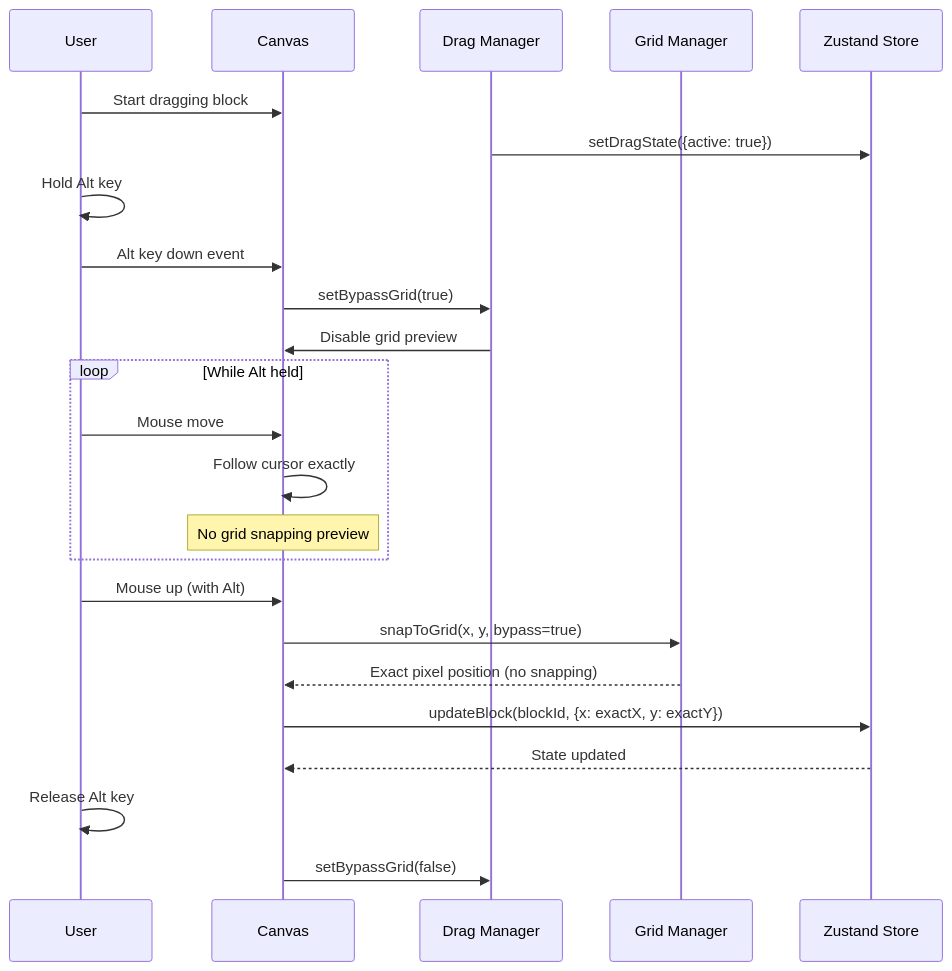
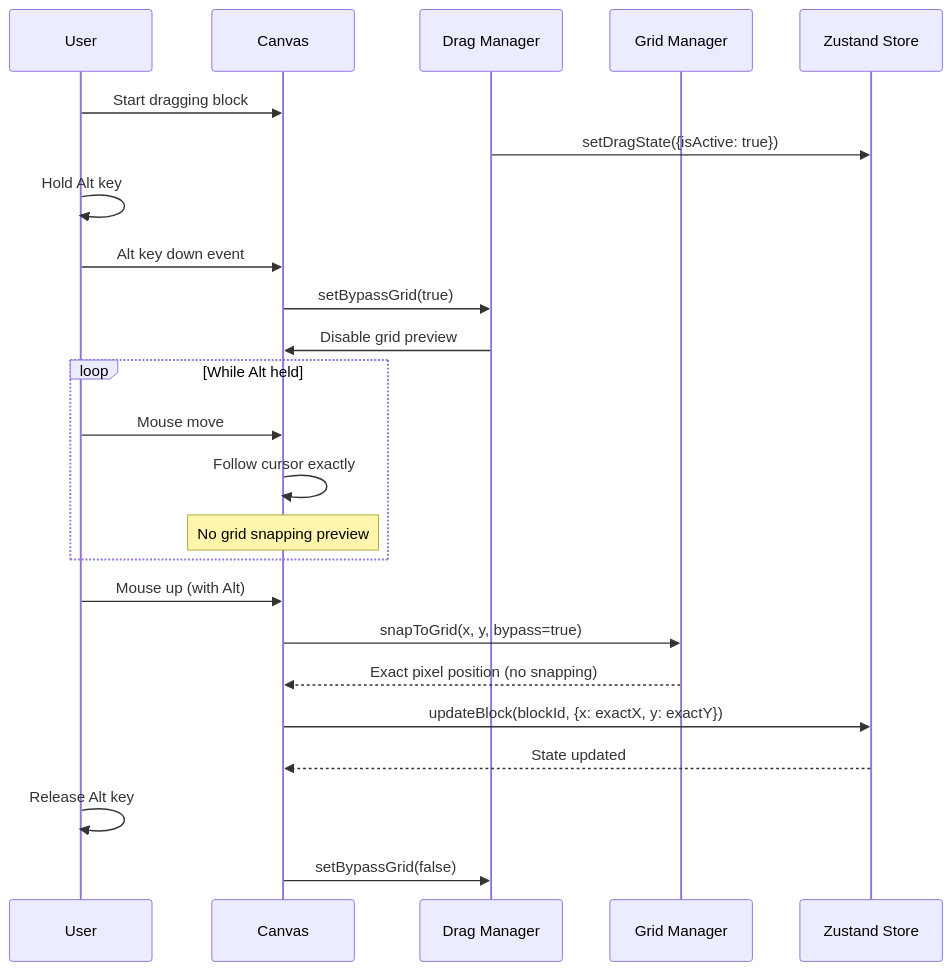
The sixth of 8 diagrams in docs/architecture.md (litkeys/DraftCN), drawn with Mermaid before and after one commit. The commit also changed other lines of this file and 10 other files, not shown here.

First line of the commit message:
Architectural realignment

````diff
--- a/docs/architecture.md
+++ b/docs/architecture.md
@@ -721,31 +748,31 @@
 ```mermaid
 sequenceDiagram
     participant User
     participant Canvas
     participant DragMgr as Drag Manager
     participant GridMgr as Grid Manager
     participant Store as Zustand Store
 
     User->>Canvas: Start dragging block
-    DragMgr->>Store: setDragState({active: true})
+    DragMgr->>Store: setDragState({isActive: true})
     
     User->>User: Hold Alt key
     User->>Canvas: Alt key down event
     Canvas->>DragMgr: setBypassGrid(true)
     DragMgr->>Canvas: Disable grid preview
     
     loop While Alt held
         User->>Canvas: Mouse move
         Canvas->>Canvas: Follow cursor exactly
         Note over Canvas: No grid snapping preview
     end
     
     User->>Canvas: Mouse up (with Alt)
     Canvas->>GridMgr: snapToGrid(x, y, bypass=true)
     GridMgr-->>Canvas: Exact pixel position (no snapping)
     Canvas->>Store: updateBlock(blockId, {x: exactX, y: exactY})
     Store-->>Canvas: State updated
     
     User->>User: Release Alt key
     Canvas->>DragMgr: setBypassGrid(false)
 ```
````
